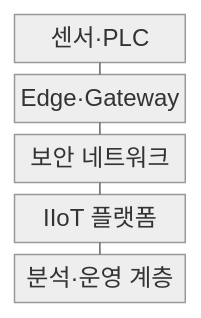
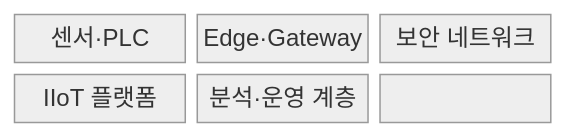
The first of 2 diagrams in src/content/docs/notes/08-latest-tech/203_industrial_iot.md (agnusdei1207/knowledge-base), drawn with Mermaid (neutral theme) before and after one commit. The commit also changed other lines of this file and 228 other files, not shown here.

````diff
--- a/src/content/docs/notes/08-latest-tech/203_industrial_iot.md
+++ b/src/content/docs/notes/08-latest-tech/203_industrial_iot.md
@@ -50,13 +49,11 @@
 ```mermaid
 block-beta
-  columns 1
-  field["센서·PLC"]
-  edge["Edge·Gateway"]
-  network["보안 네트워크"]
-  platform["IIoT 플랫폼"]
-  operation["분석·운영 계층"]
-  field --- edge
-  edge --- network
-  network --- platform
-  platform --- operation
+  columns 3
+  N0["센서·PLC"]
+  N1["Edge·Gateway"]
+  N2["보안 네트워크"]
+  N3["IIoT 플랫폼"]
+  N4["분석·운영 계층"]
+  N0 --- N1 --- N2
+  N2 --- N3 --- N4
 ```
````
